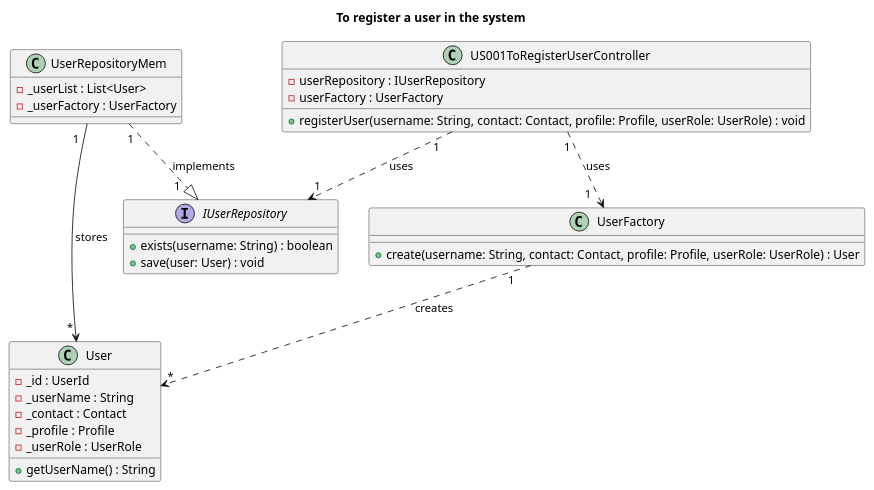
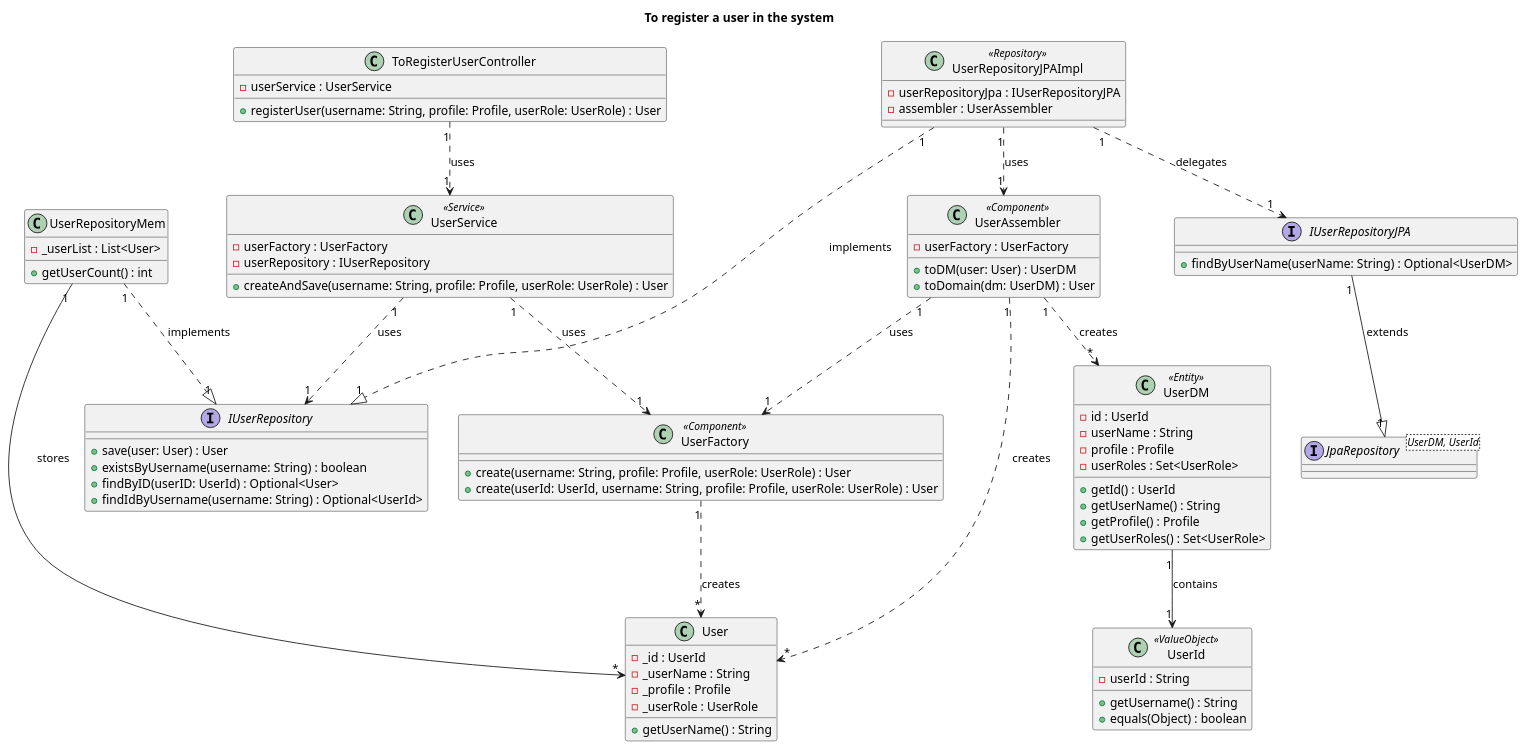
One commit to AndrePereiraGitH/SWitCH-Project-Team_A changed the diagram in Diagrams/ClassDiagrams/To-register-a-user.puml. Above: the diagram before and after it, drawn with PlantUML. The commit also changed 3 other files, not shown here.

```diff
--- a/Diagrams/ClassDiagrams/To-register-a-user.puml
+++ b/Diagrams/ClassDiagrams/To-register-a-user.puml
@@ -1,39 +1,101 @@
 @startuml
 title To register a user in the system
 
+class ToRegisterUserController {
+  -userService : UserService
+  +registerUser(username: String, profile: Profile, userRole: UserRole) : User
+}
+
+class UserService <<Service>>{
+    -userFactory : UserFactory
+    -userRepository : IUserRepository
+    +createAndSave(username: String, profile: Profile, userRole: UserRole) : User
+}
+
 interface IUserRepository {
-  +exists(username: String) : boolean
-  +save(user: User) : void
+  +save(user: User) : User
+  +existsByUsername(username: String) : boolean
+  +findByID(userID: UserId) : Optional<User>
+  +findIdByUsername(username: String) : Optional<UserId>
+}
+
+interface IUserRepositoryJPA {
+  +findByUserName(userName: String) : Optional<UserDM>
+}
+
+class UserFactory <<Component>> {
+  +create(username: String, profile: Profile, userRole: UserRole) : User
+  +create(userId: UserId, username: String, profile: Profile, userRole: UserRole) : User
+}
+
+class UserAssembler <<Component>> {
+  -userFactory : UserFactory
+  +toDM(user: User) : UserDM
+  +toDomain(dm: UserDM) : User
 }
 
 class UserRepositoryMem {
   -_userList : List<User>
-  -_userFactory : UserFactory
+    +getUserCount() : int
 }
 
-class UserFactory {
-  +create(username: String, contact: Contact, profile: Profile, userRole: UserRole) : User
+class UserRepositoryJPAImpl <<Repository>> {
+  -userRepositoryJpa : IUserRepositoryJPA
+  -assembler : UserAssembler
 }
 
-class US001ToRegisterUserController {
-  -userRepository : IUserRepository
-  -userFactory : UserFactory
-  +registerUser(username: String, contact: Contact, profile: Profile, userRole: UserRole) : void
+interface JpaRepository<UserDM, UserId> {
 }
 
 class User {
   -_id : UserId
   -_userName : String
-  -_contact : Contact
   -_profile : Profile
   -_userRole : UserRole
   +getUserName() : String
 }
 
-US001ToRegisterUserController "1" ..> "1" IUserRepository : uses
-US001ToRegisterUserController "1" ..> "1   " UserFactory : uses
-UserRepositoryMem "1" ..|> "1    " IUserRepository : implements
-UserRepositoryMem "1  " --> "                *" User : stores
+class UserDM <<Entity>> {
+  -id : UserId
+  -userName : String
+  -profile : Profile
+  -userRoles : Set<UserRole>
+  +getId() : UserId
+  +getUserName() : String
+  +getProfile() : Profile
+  +getUserRoles() : Set<UserRole>
+}
+
+class UserId <<ValueObject>> {
+  -userId : String
+  +getUsername() : String
+  +equals(Object) : boolean
+}
+
+' Controller
+ToRegisterUserController "1" ..> "1" UserService : uses
+
+' Service
+UserService "1" ..> "1" IUserRepository : uses
+UserService "1" ..> "1" UserFactory : uses
+
+' Repository implementations
+UserRepositoryMem "1" ..|> "1" IUserRepository : implements
+UserRepositoryJPAImpl "1" ..|> "1" IUserRepository : implements
+UserRepositoryJPAImpl "1" ..> "1" IUserRepositoryJPA : delegates
+UserRepositoryJPAImpl "1" ..> "1" UserAssembler : uses
+IUserRepositoryJPA "1" --|> "1" JpaRepository : extends
+
+' Assembler
+UserAssembler "1" ..> "1" UserFactory : uses
+UserAssembler "1" ..> "*" UserDM : creates
+UserAssembler "1" ..> "*" User : creates
+
+' Factory
 UserFactory "1" ..> "*" User : creates
 
+' Data model
+UserDM "1" --> "1" UserId : contains
+UserRepositoryMem "1" --> "*" User : stores
+
 @enduml
```
